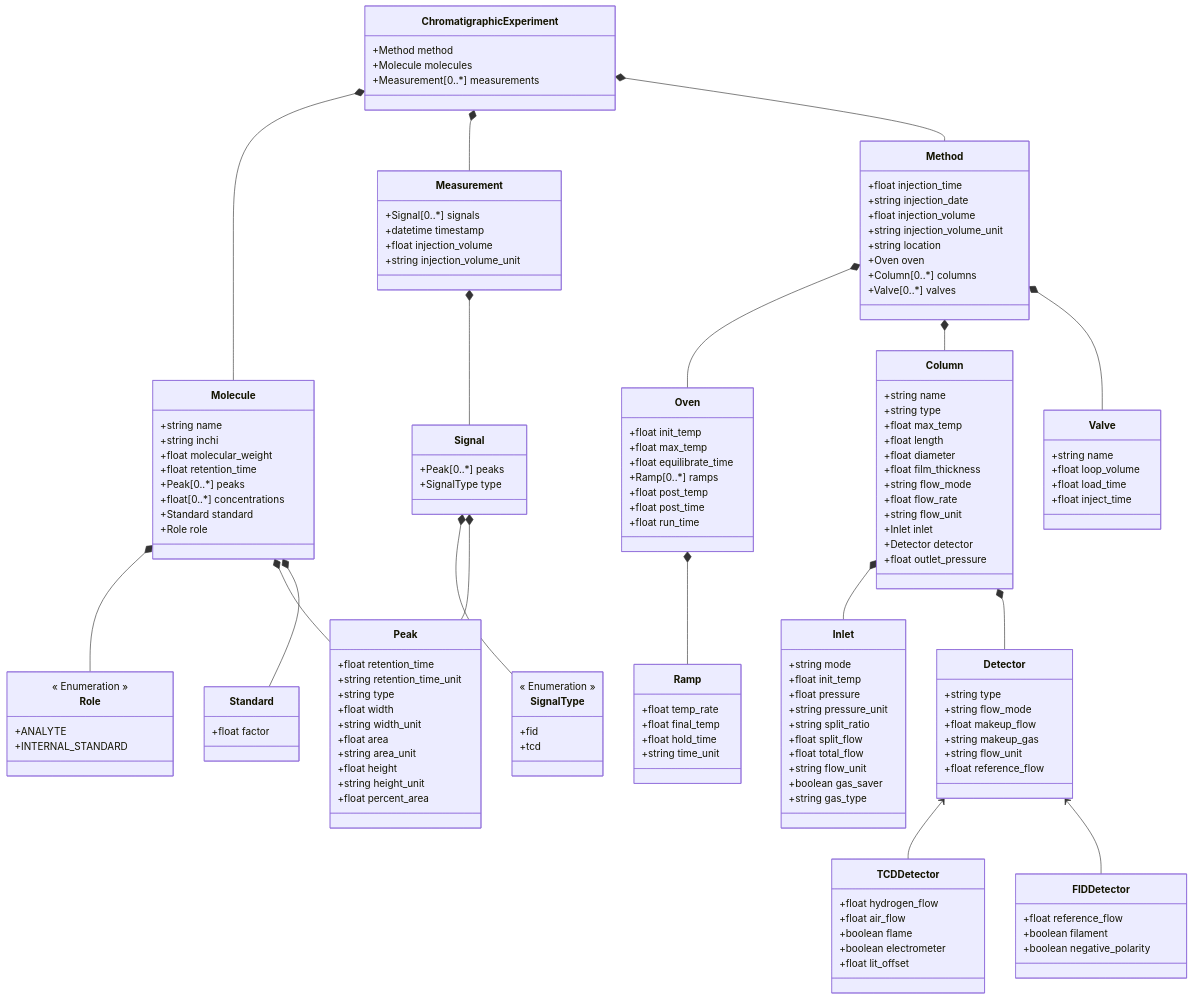
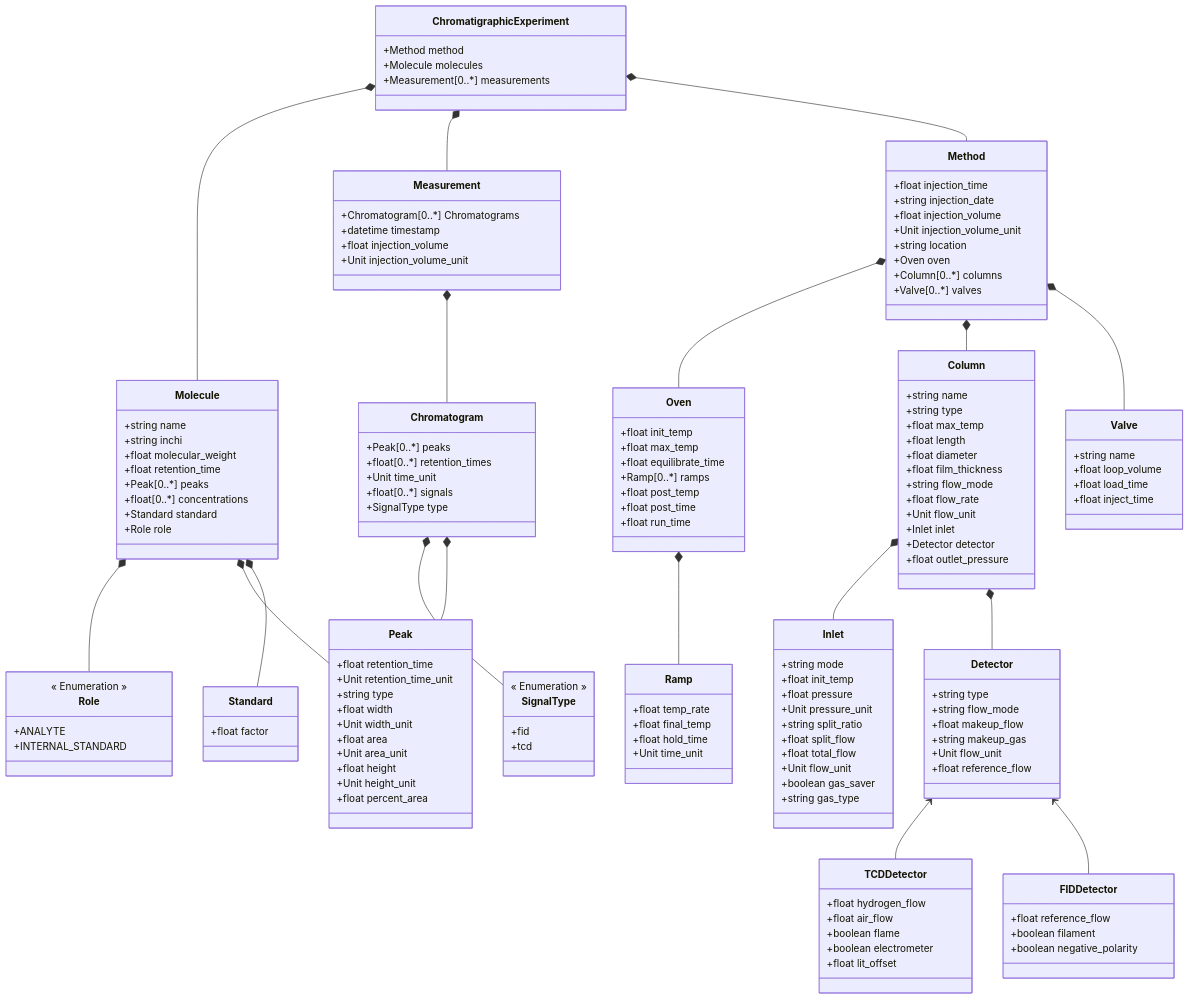
The diagram in chromatopy/schemes/chromatopy_schema.md (FAIRChemistry/chromatopy), drawn with Mermaid before and after one commit. The commit also changed 16 other files, not shown here.

```diff
--- a/chromatopy/schemes/chromatopy_schema.md
+++ b/chromatopy/schemes/chromatopy_schema.md
@@ -8,9 +8,9 @@
     Molecule *-- Role
     Molecule *-- Peak
     Molecule *-- Standard
-    Measurement *-- Signal
-    Signal *-- SignalType
-    Signal *-- Peak
+    Measurement *-- Chromatogram
+    Chromatogram *-- SignalType
+    Chromatogram *-- Peak
     Method *-- Oven
     Method *-- Column
     Method *-- Valve
@@ -36,27 +36,30 @@
     }
     
     class Measurement {
-        +Signal[0..*] signals
+        +Chromatogram[0..*] Chromatograms
         +datetime timestamp
         +float injection_volume
-        +string injection_volume_unit
+        +Unit injection_volume_unit
     }
     
-    class Signal {
+    class Chromatogram {
         +Peak[0..*] peaks
+        +float[0..*] retention_times
+        +Unit time_unit
+        +float[0..*] signals
         +SignalType type
     }
     
     class Peak {
         +float retention_time
-        +string retention_time_unit
+        +Unit retention_time_unit
         +string type
         +float width
-        +string width_unit
+        +Unit width_unit
         +float area
-        +string area_unit
+        +Unit area_unit
         +float height
-        +string height_unit
+        +Unit height_unit
         +float percent_area
     }
     
@@ -68,7 +71,7 @@
         +float injection_time
         +string injection_date
         +float injection_volume
-        +string injection_volume_unit
+        +Unit injection_volume_unit
         +string location
         +Oven oven
         +Column[0..*] columns
@@ -89,18 +92,18 @@
         +float temp_rate
         +float final_temp
         +float hold_time
-        +string time_unit
+        +Unit time_unit
     }
     
     class Inlet {
         +string mode
         +float init_temp
         +float pressure
-        +string pressure_unit
+        +Unit pressure_unit
         +string split_ratio
         +float split_flow
         +float total_flow
-        +string flow_unit
+        +Unit flow_unit
         +boolean gas_saver
         +string gas_type
     }
@@ -114,7 +117,7 @@
         +float film_thickness
         +string flow_mode
         +float flow_rate
-        +string flow_unit
+        +Unit flow_unit
         +Inlet inlet
         +Detector detector
         +float outlet_pressure
@@ -125,7 +128,7 @@
         +string flow_mode
         +float makeup_flow
         +string makeup_gas
-        +string flow_unit
+        +Unit flow_unit
         +float reference_flow
     }
     
```
